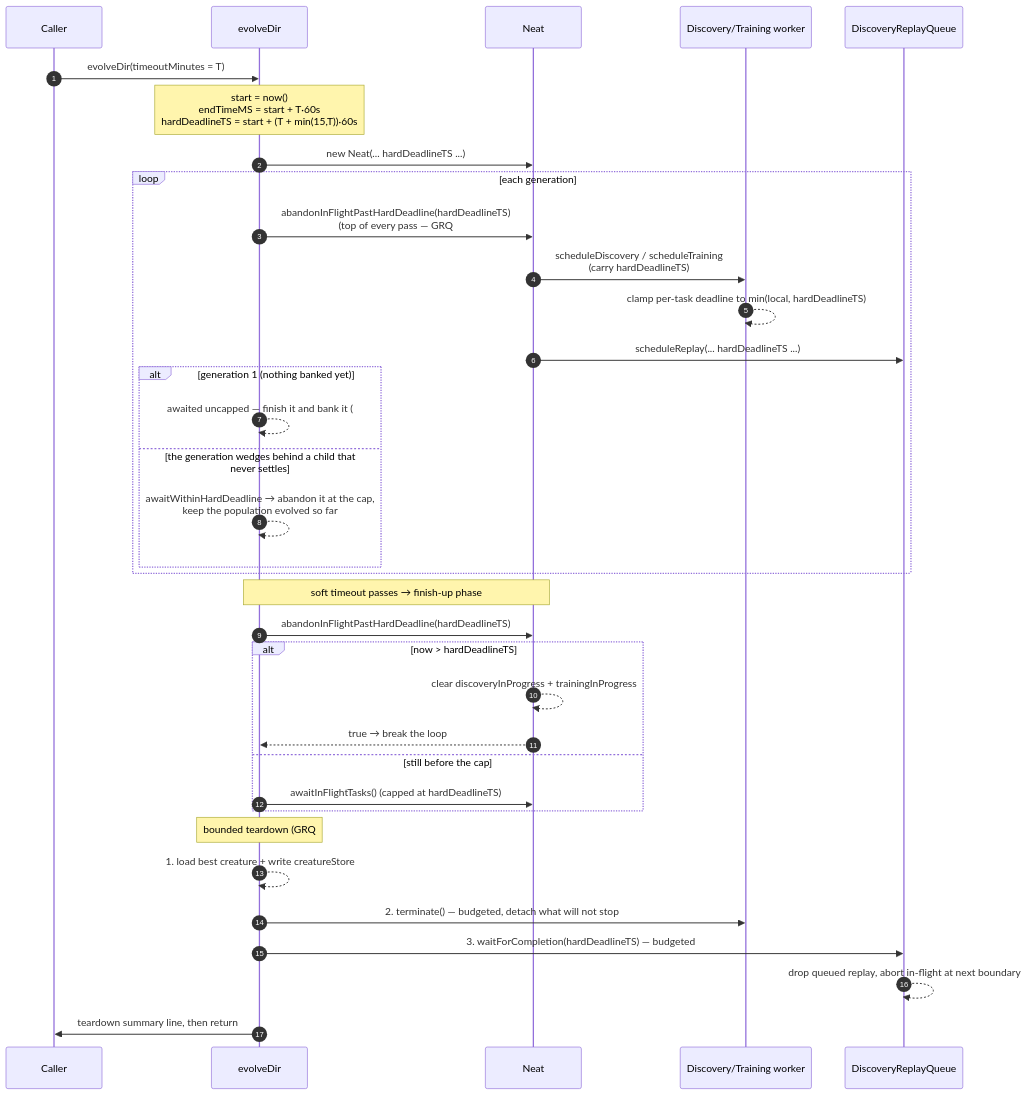
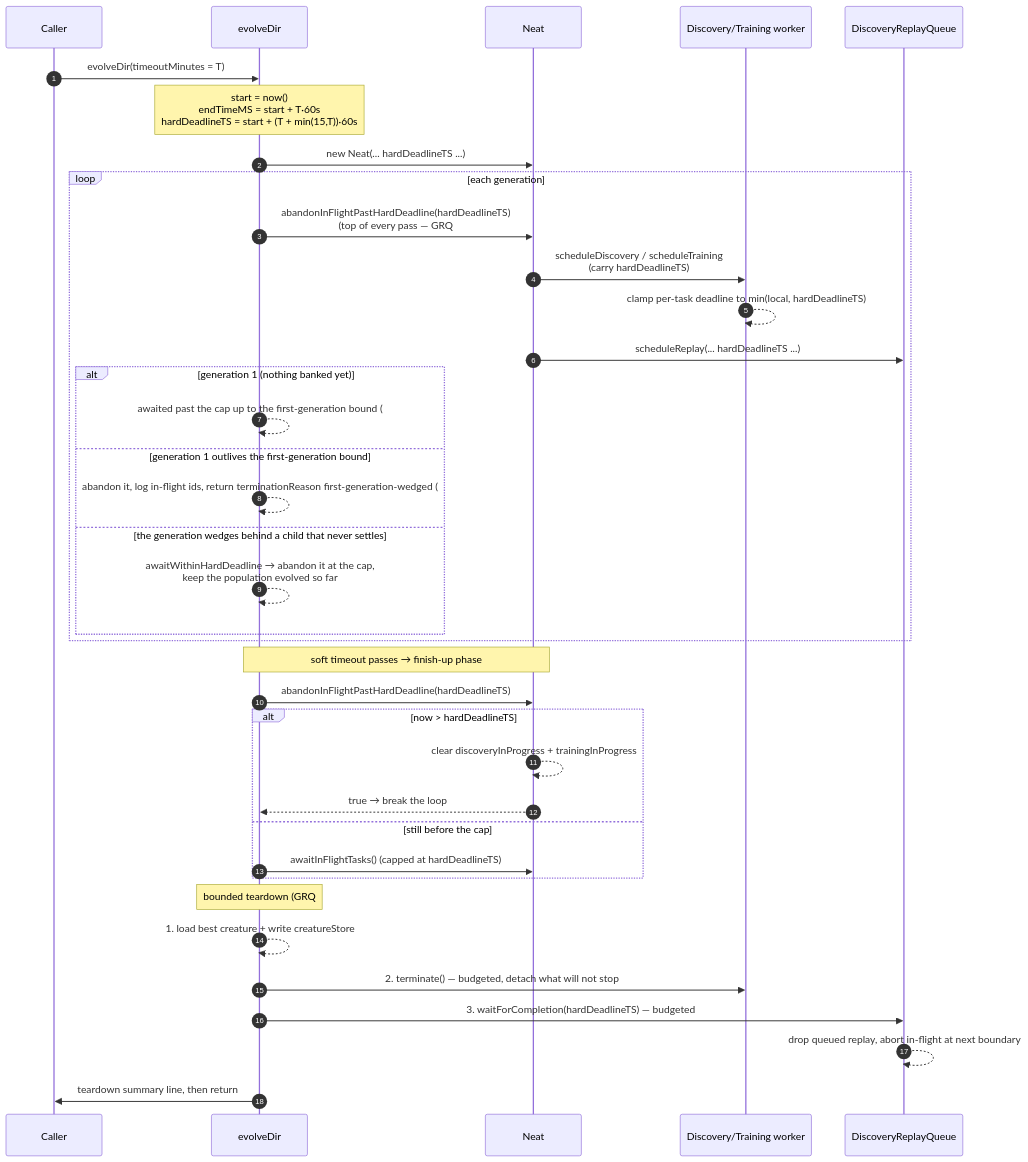
One commit to stSoftwareAU/NEAT-AI changed the diagram in docs/TIMEOUTS.md. Above: the diagram before and after it, drawn with Mermaid. The commit also changed other lines of this file and 16 other files, not shown here.

Commit message:
evolveDir: generation 1 has no deadline, so a wedged first generation outlives a 5-minute --timeout by 2 h (GRQ sampler on GRQ-21, neat-ai 7.0.50) (Issue #4053) (#4054)

````diff
--- a/docs/TIMEOUTS.md
+++ b/docs/TIMEOUTS.md
@@ -241,41 +255,43 @@
 ```mermaid
 sequenceDiagram
     autonumber
     participant Caller
     participant evolveDir
     participant Neat
     participant Worker as Discovery/Training worker
     participant Replay as DiscoveryReplayQueue
 
     Caller->>evolveDir: evolveDir(timeoutMinutes = T)
     Note over evolveDir: start = now()<br/>endTimeMS = start + T·60s<br/>hardDeadlineTS = start + (T + min(15,T))·60s
     evolveDir->>Neat: new Neat(... hardDeadlineTS ...)
 
     loop each generation
         evolveDir->>Neat: abandonInFlightPastHardDeadline(hardDeadlineTS)<br/>(top of every pass — GRQ #4470,<br/>no-op until 1 generation is banked — #3940)
         Neat->>Worker: scheduleDiscovery / scheduleTraining<br/>(carry hardDeadlineTS)
         Worker-->>Worker: clamp per-task deadline to min(local, hardDeadlineTS)
         Neat->>Replay: scheduleReplay(... hardDeadlineTS ...)
         alt generation 1 (nothing banked yet)
-            evolveDir-->>evolveDir: awaited uncapped — finish it and bank it (#3940)
+            evolveDir-->>evolveDir: awaited past the cap up to the first-generation bound (#3940, #4053)
+        else generation 1 outlives the first-generation bound
+            evolveDir-->>evolveDir: abandon it, log in-flight ids, return terminationReason first-generation-wedged (#4053)
         else the generation wedges behind a child that never settles
             evolveDir-->>evolveDir: awaitWithinHardDeadline → abandon it at the cap,<br/>keep the population evolved so far
         end
     end
 
     Note over evolveDir,Neat: soft timeout passes → finish-up phase
     evolveDir->>Neat: abandonInFlightPastHardDeadline(hardDeadlineTS)
     alt now > hardDeadlineTS
         Neat-->>Neat: clear discoveryInProgress + trainingInProgress
         Neat-->>evolveDir: true → break the loop
     else still before the cap
         evolveDir->>Neat: awaitInFlightTasks() (capped at hardDeadlineTS)
     end
 
     Note over evolveDir: bounded teardown (GRQ #4472)
     evolveDir-->>evolveDir: 1. load best creature + write creatureStore
     evolveDir->>Worker: 2. terminate() — budgeted, detach what will not stop
     evolveDir->>Replay: 3. waitForCompletion(hardDeadlineTS) — budgeted
     Replay-->>Replay: drop queued replay, abort in-flight at next boundary
     evolveDir->>Caller: teardown summary line, then return
 ```
````
